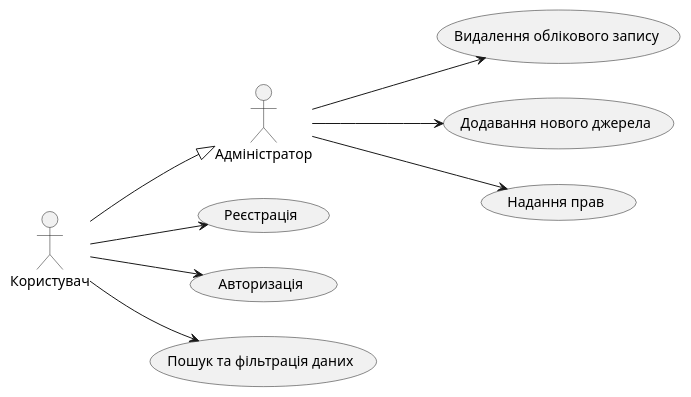
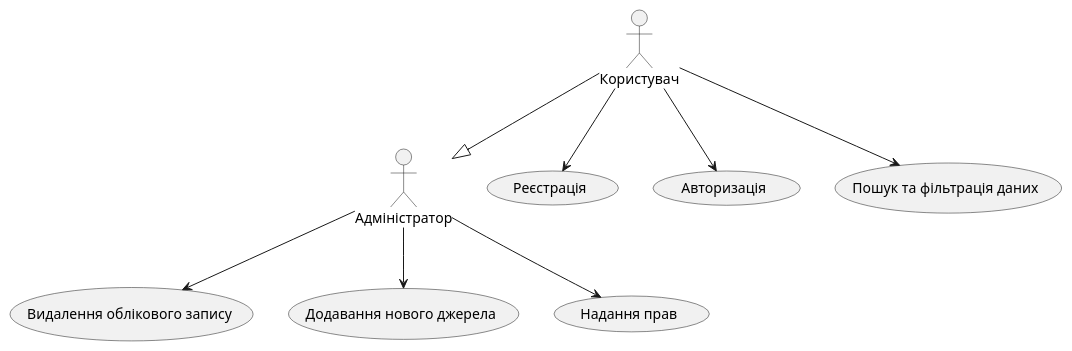
One commit to vladimirkoff/edu_db_labs_team changed the first of 9 diagrams in docs/use cases/README.md. Above: the diagram before and after it, drawn with PlantUML. The commit also changed other lines of this file, not shown here.

Commit message:
fix diagrams

```diff
--- a/docs/use cases/README.md
+++ b/docs/use cases/README.md
@@ -5,26 +5,26 @@
 @startuml
 
-left to right direction
+top to bottom direction
 
 actor "Користувач" as User
 actor "Адміністратор" as Admin
 
 User --|> Admin
 
 usecase "Реєстрація" as Registration
 usecase "Авторизація" as Login
 usecase "Пошук та фільтрація даних" as SearchAndFilter
 
 User --> Registration
 User --> Login
 User --> SearchAndFilter
 
 usecase "Видалення облікового запису" as DeleteAccount
 usecase "Додавання нового джерела" as AddSource
 usecase "Надання прав" as GrantPermissions
 
 Admin --> DeleteAccount
 Admin --> AddSource
 Admin --> GrantPermissions
 
 @enduml
```
